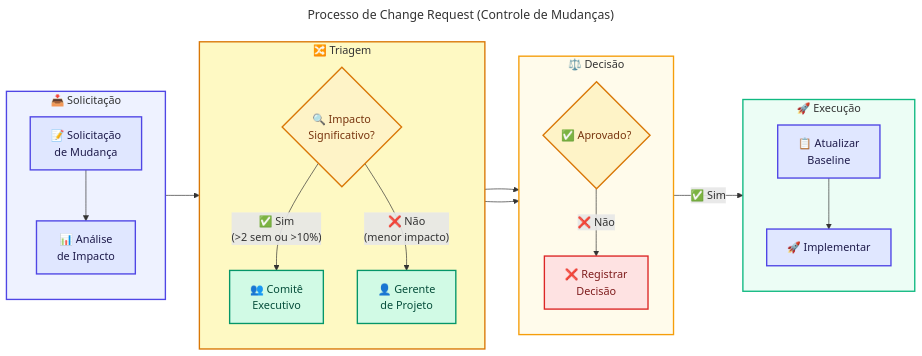
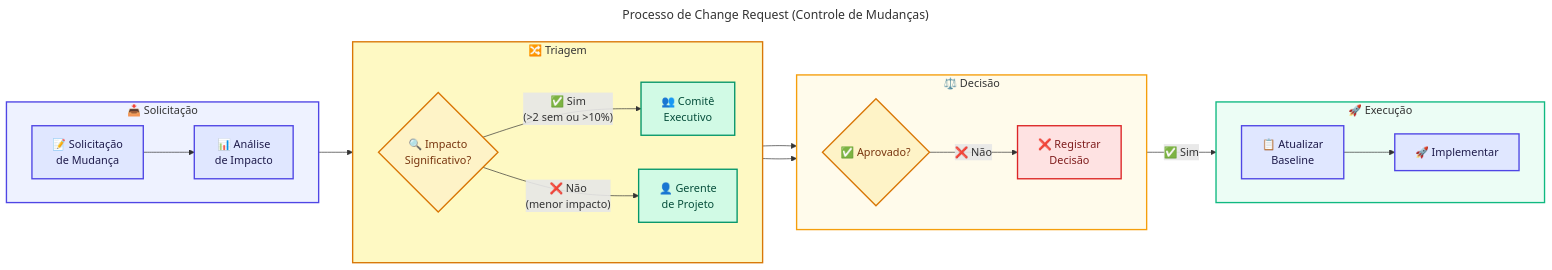
Before and after one commit to Evilazaro/Azure-LogicApps-Monitoring: the eighth of 9 diagrams in docs/planoProjetoModernizacao.md, drawn with Mermaid. The commit also changed other lines of this file, not shown here.

First line of the commit message:
Refactor diagram text for improved formatting

```diff
--- a/docs/planoProjetoModernizacao.md
+++ b/docs/planoProjetoModernizacao.md
@@ -1265,9 +1361,9 @@
     %% FASE 1: Solicitação e Análise
     %% ───────────────────────────────────────────────────────────────
     subgraph solicitacao ["📥 Solicitação"]
-        direction TB
-        A["📝 Solicitação\nde Mudança"]
-        B["📊 Análise\nde Impacto"]
+        direction LR
+        A["📝 Solicitação<br>de Mudança"]
+        B["📊 Análise<br>de Impacto"]
         A --> B
     end
 
@@ -1275,21 +1371,21 @@
     %% FASE 2: Triagem e Roteamento
     %% ───────────────────────────────────────────────────────────────
     subgraph triagem ["🔀 Triagem"]
-        direction TB
-        C{"🔍 Impacto\nSignificativo?"}
-        D["👥 Comitê\nExecutivo"]
-        E["👤 Gerente\nde Projeto"]
-        C -->|"✅ Sim\n(>2 sem ou >10%)"| D
-        C -->|"❌ Não\n(menor impacto)"| E
+        direction LR
+        C{"🔍 Impacto<br>Significativo?"}
+        D["👥 Comitê<br>Executivo"]
+        E["👤 Gerente<br>de Projeto"]
+        C -->|"✅ Sim<br>(>2 sem ou >10%)"| D
+        C -->|"❌ Não<br>(menor impacto)"| E
     end
 
     %% ───────────────────────────────────────────────────────────────
     %% FASE 3: Decisão
     %% ───────────────────────────────────────────────────────────────
     subgraph decisao ["⚖️ Decisão"]
-        direction TB
+        direction LR
         F{"✅ Aprovado?"}
-        H["❌ Registrar\nDecisão"]
+        H["❌ Registrar<br>Decisão"]
         F -->|"❌ Não"| H
     end
 
@@ -1297,8 +1393,8 @@
     %% FASE 4: Execução
     %% ───────────────────────────────────────────────────────────────
     subgraph execucao ["🚀 Execução"]
-        direction TB
-        G["📋 Atualizar\nBaseline"]
+        direction LR
+        G["📋 Atualizar<br>Baseline"]
         I["🚀 Implementar"]
         G --> I
     end
```
